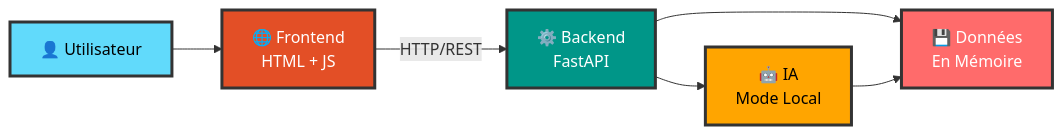
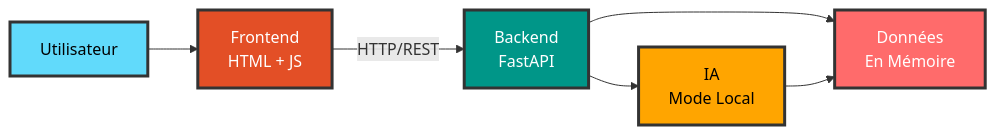
One commit to inskillflow/awsbedrock-demo-1-inmemory changed the first of 24 diagrams in documentation/00-ARCHITECTURE.md. Above: the diagram before and after it, drawn with Mermaid. The commit also changed other lines of this file, not shown here.

````diff
--- a/documentation/00-ARCHITECTURE.md
+++ b/documentation/00-ARCHITECTURE.md
@@ -28,20 +28,20 @@
 ```mermaid
 flowchart LR
-    User[👤 Utilisateur]
-    Frontend[🌐 Frontend<br/>HTML + JS]
-    Backend[⚙️ Backend<br/>FastAPI]
-    Data[💾 Données<br/>En Mémoire]
-    AI[🤖 IA<br/>Mode Local]
+    User[Utilisateur]
+    Frontend[Frontend<br/>HTML + JS]
+    Backend[Backend<br/>FastAPI]
+    Data[Données<br/>En Mémoire]
+    AI[IA<br/>Mode Local]
     
     User --> Frontend
     Frontend -->|HTTP/REST| Backend
     Backend --> Data
     Backend --> AI
     AI --> Data
     
     style User fill:#61DAFB,stroke:#333,stroke-width:3px,color:#000,font-size:16px
     style Frontend fill:#E34F26,stroke:#333,stroke-width:3px,color:#fff,font-size:16px
     style Backend fill:#009688,stroke:#333,stroke-width:3px,color:#fff,font-size:16px
     style Data fill:#FF6B6B,stroke:#333,stroke-width:3px,color:#fff,font-size:16px
     style AI fill:#FFA500,stroke:#333,stroke-width:3px,color:#000,font-size:16px
 ```
````
